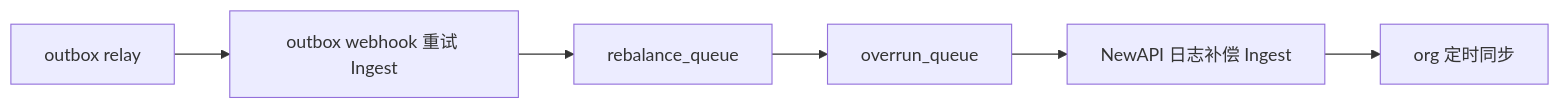
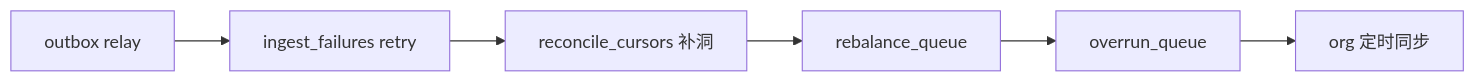
Before and after one commit to quyip8818/mytokenjoy: the fifth of 6 diagrams in docs/Backend-架构.md, drawn with Mermaid. The commit also changed other lines of this file and 17 other files, not shown here.

````diff
--- a/docs/Backend-架构.md
+++ b/docs/Backend-架构.md
@@ -286,8 +286,8 @@
 ```mermaid
 flowchart LR
-  A[outbox relay] --> B[outbox webhook 重试 Ingest]
-  B --> C[rebalance_queue]
-  C --> D[overrun_queue]
-  D --> E[NewAPI 日志补偿 Ingest]
+  A[outbox relay] --> B[ingest_failures retry]
+  B --> C[reconcile_cursors 补洞]
+  C --> D[rebalance_queue]
+  D --> E[overrun_queue]
   E --> F[org 定时同步]
 ```
````
